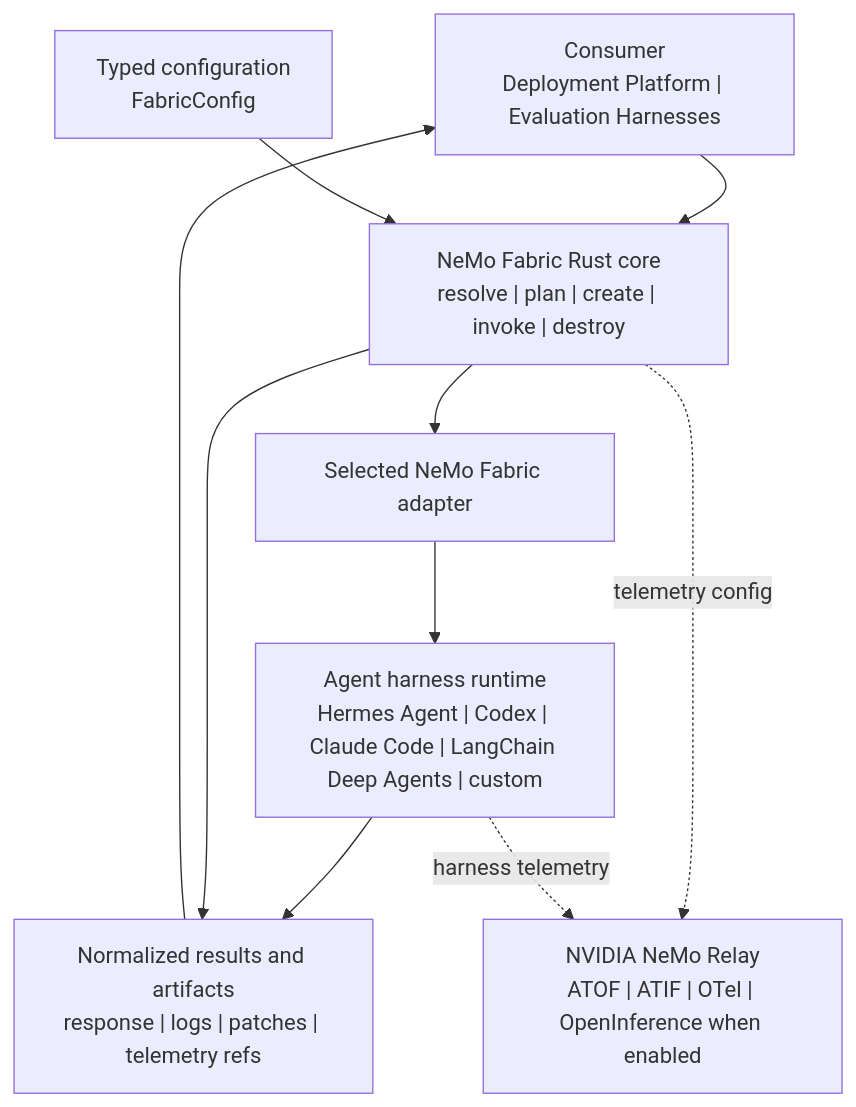
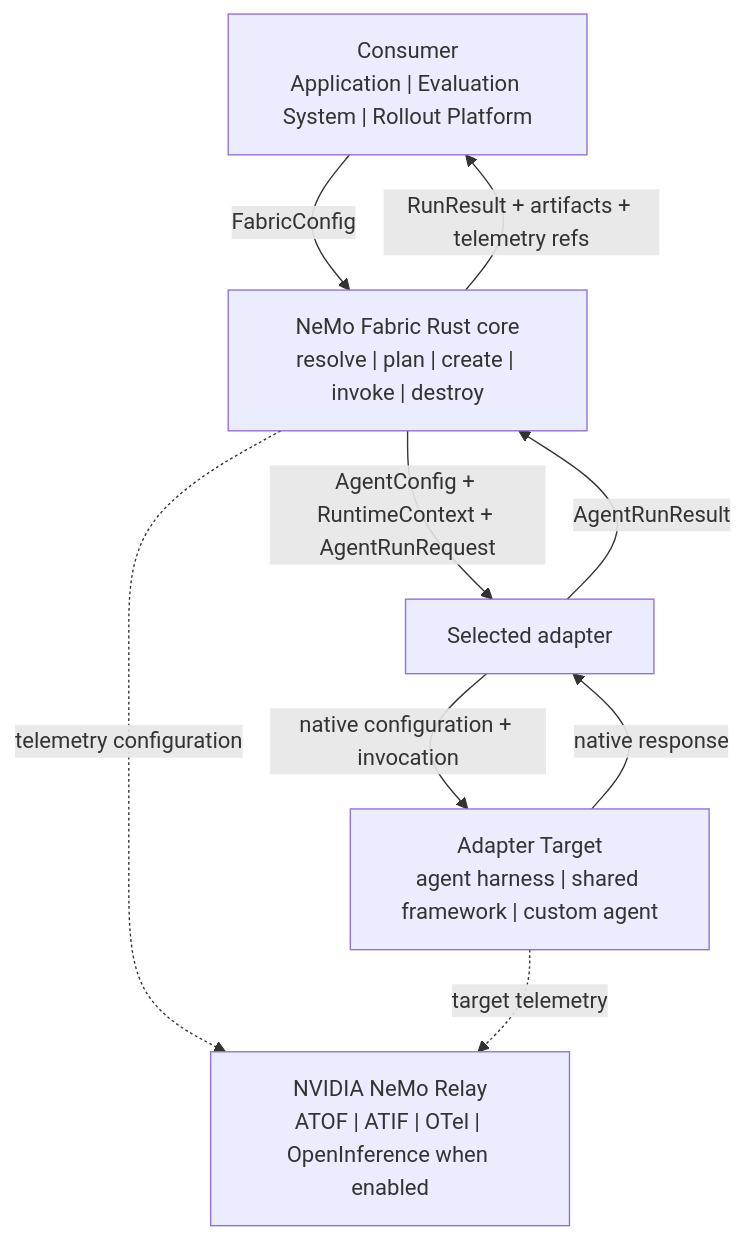
The diagram in README.md (AnuradhaKaruppiah/NeMo-Fabric), drawn with Mermaid before and after one commit. The commit also changed other lines of this file and 210 other files, not shown here.

First line of the commit message:
feat: normalize the adapter invocation contract (#241)

````diff
--- a/README.md
+++ b/README.md
@@ -221,20 +46,17 @@
 ```mermaid
 flowchart TB
-  Consumer["Consumer\nDeployment Platform | Evaluation Harnesses"]
-  Config["Typed configuration\nFabricConfig"]
+  Consumer["Consumer\nApplication | Evaluation System | Rollout Platform"]
   Core["NeMo Fabric Rust core\nresolve | plan | create | invoke | destroy"]
-  Adapter["Selected NeMo Fabric adapter"]
-  Harness["Agent harness runtime\nHermes Agent | Codex | Claude Code | LangChain Deep Agents | custom"]
-  Artifacts["Normalized results and artifacts\nresponse | logs | patches | telemetry refs"]
+  Adapter["Selected adapter"]
+  Target["Adapter Target\nagent harness | shared framework | custom agent"]
   Relay["NVIDIA NeMo Relay\nATOF | ATIF | OTel | OpenInference when enabled"]
 
-  Consumer --> Core
-  Config --> Core
-  Core --> Adapter
-  Adapter --> Harness
-  Harness --> Artifacts
-  Core --> Artifacts
-  Artifacts --> Consumer
-  Core -. telemetry config .-> Relay
-  Harness -. harness telemetry .-> Relay
+  Consumer -->|FabricConfig| Core
+  Core -->|AgentConfig + RuntimeContext + AgentRunRequest| Adapter
+  Adapter -->|native configuration + invocation| Target
+  Target -->|native response| Adapter
+  Adapter -->|AgentRunResult| Core
+  Core -->|RunResult + artifacts + telemetry refs| Consumer
+  Core -. telemetry configuration .-> Relay
+  Target -. target telemetry .-> Relay
 ```
````
